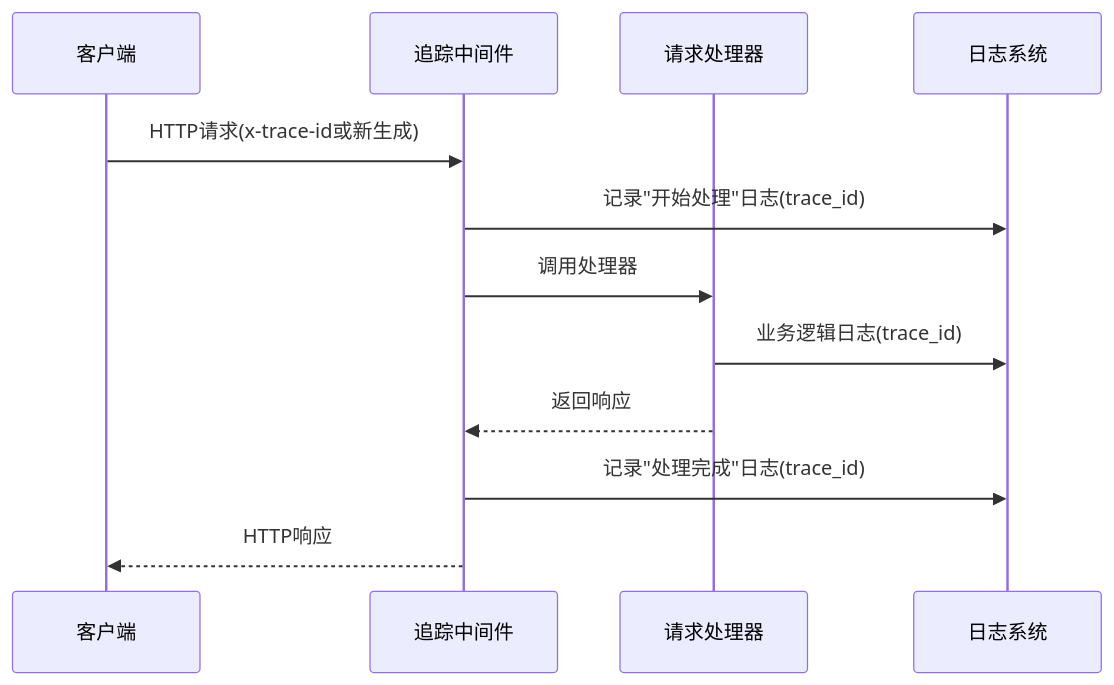
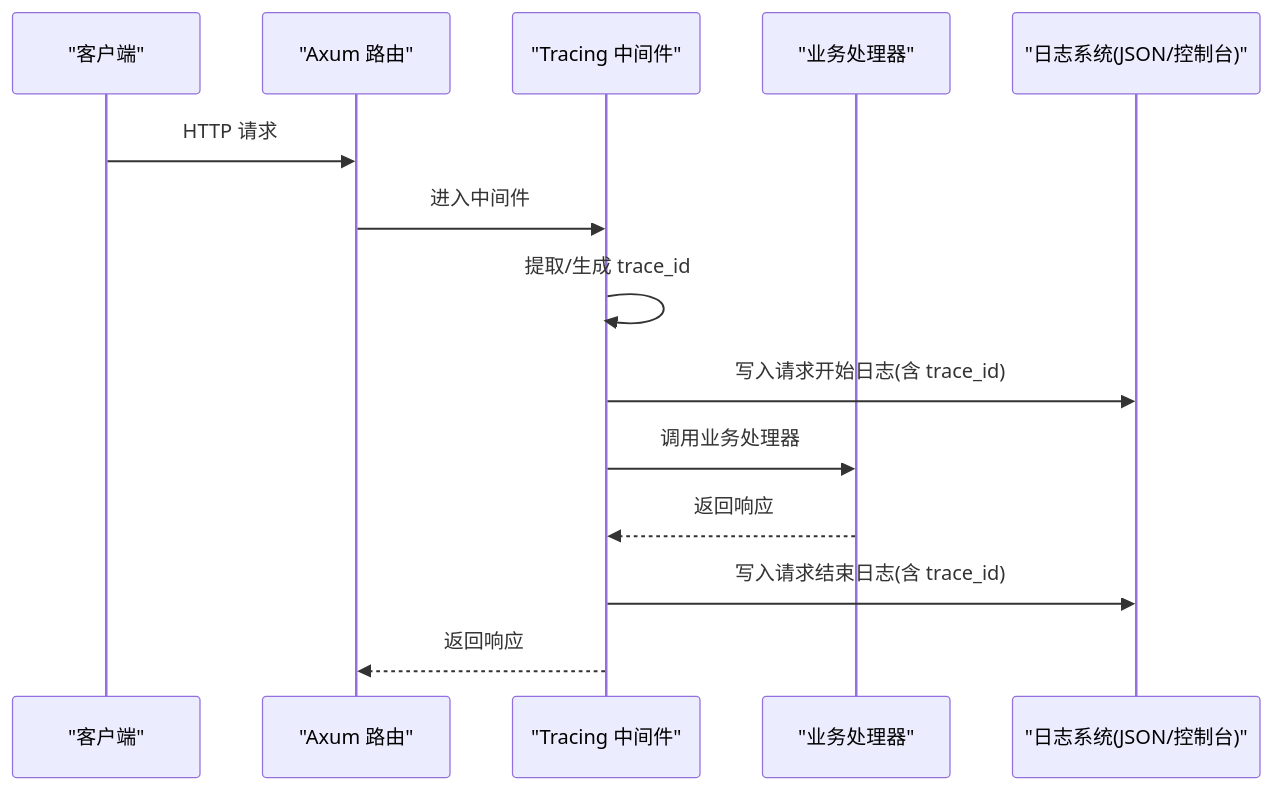
One commit to nuwax-ai/rcoder changed the third of 4 diagrams in .qoder/repowiki/zh/content/可观测性/日志系统.md. Above: the diagram before and after it, drawn with Mermaid. The commit also changed other lines of this file and 185 other files, not shown here.

````diff
--- a/.qoder/repowiki/zh/content/可观测性/日志系统.md
+++ b/.qoder/repowiki/zh/content/可观测性/日志系统.md
@@ -184,14 +178,16 @@
 ```mermaid
 sequenceDiagram
-participant Client as 客户端
-participant Middleware as 追踪中间件
-participant Handler as 请求处理器
-participant Logger as 日志系统
-Client->>Middleware : HTTP请求(x-trace-id或新生成)
-Middleware->>Logger : 记录"开始处理"日志(trace_id)
-Middleware->>Handler : 调用处理器
-Handler->>Logger : 业务逻辑日志(trace_id)
-Handler-->>Middleware : 返回响应
-Middleware->>Logger : 记录"处理完成"日志(trace_id)
-Middleware-->>Client : HTTP响应
+participant Client as "客户端"
+participant Router as "Axum 路由"
+participant Mid as "Tracing 中间件"
+participant Handler as "业务处理器"
+participant Log as "日志系统(JSON/控制台)"
+Client->>Router : HTTP 请求
+Router->>Mid : 进入中间件
+Mid->>Mid : 提取/生成 trace_id
+Mid->>Log : 写入请求开始日志(含 trace_id)
+Mid->>Handler : 调用业务处理器
+Handler-->>Mid : 返回响应
+Mid->>Log : 写入请求结束日志(含 trace_id)
+Mid-->>Router : 返回响应
 ```
````
